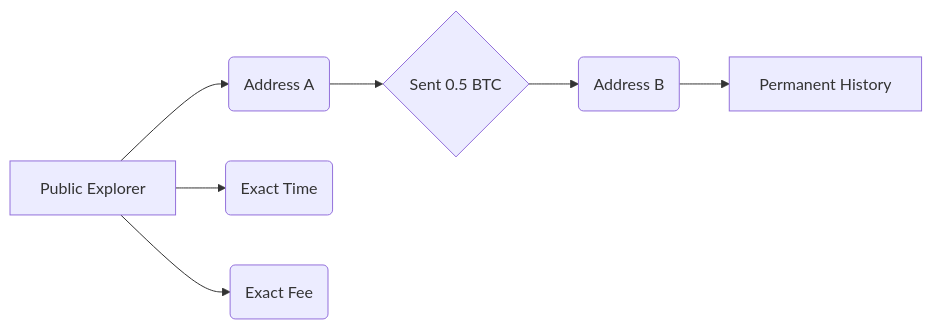
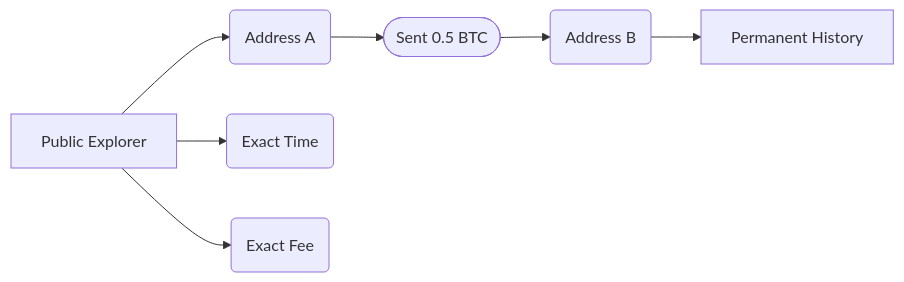
Before and after one commit to annabraun015-stack/krypto-watch: the diagram in src/content/blog/en/is-bitcoin-anonymous.mdx, drawn with Mermaid. The commit also changed other lines of this file and 53 other files, not shown here.

```diff
--- a/src/content/blog/en/is-bitcoin-anonymous.mdx
+++ b/src/content/blog/en/is-bitcoin-anonymous.mdx
@@ -62,9 +62,9 @@
 <div class="mermaid">
 graph LR
     A[Public Explorer] --> B(Address A)
-    B --> C{Sent 0.5 BTC}
+    B --> C([Sent 0.5 BTC])
     C --> D(Address B)
     D --> E[Permanent History]
     A --> F(Exact Time)
     A --> G(Exact Fee)
 </div>
```
